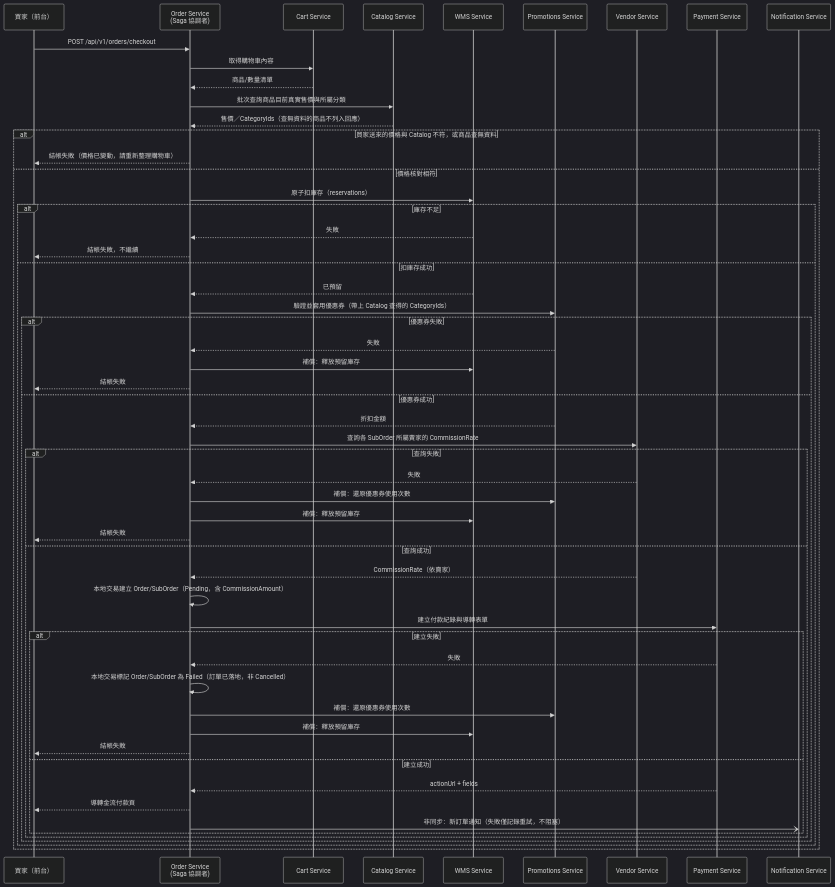
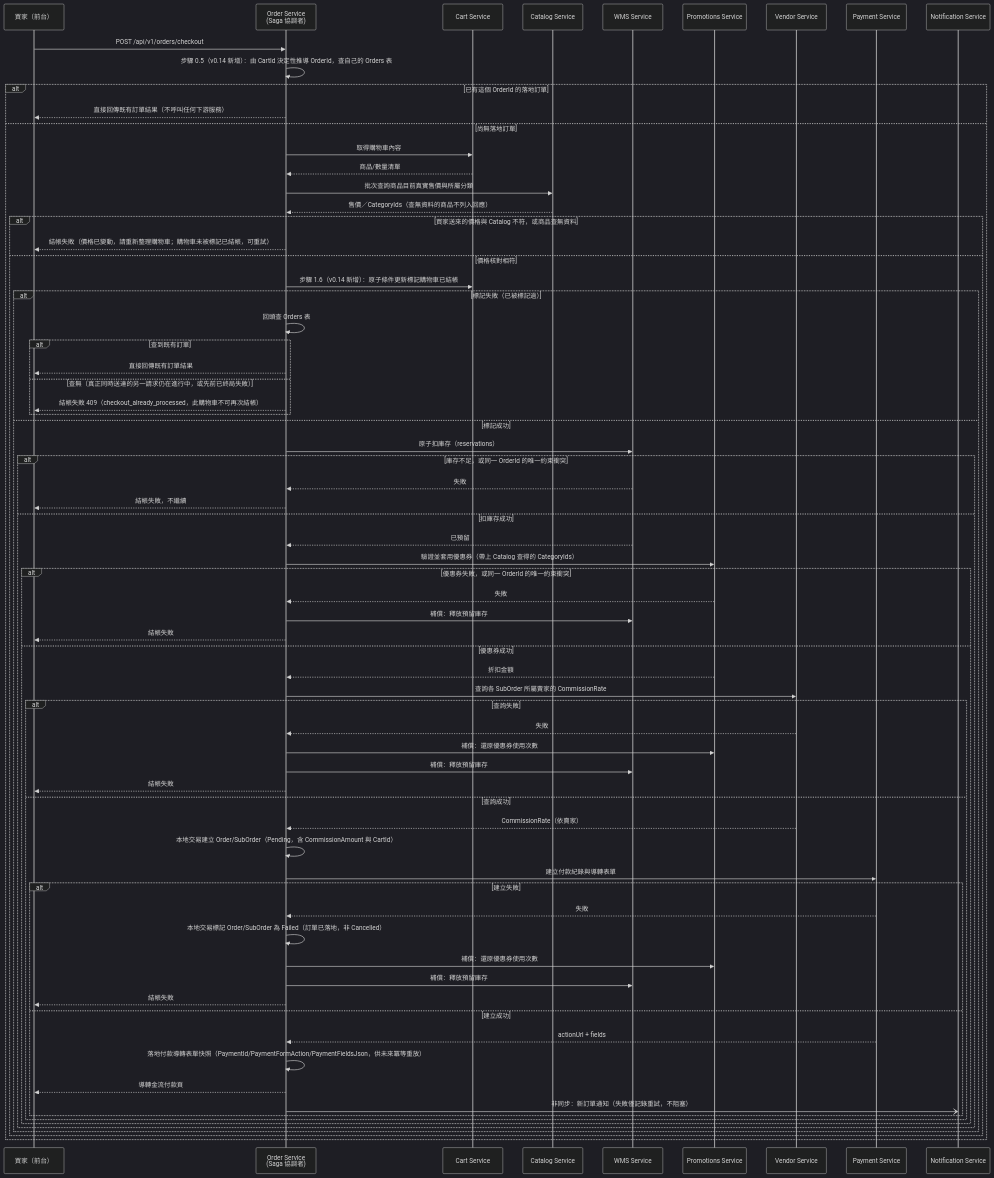
Before and after one commit to roycecole/suxo-shop-spec: the second of 2 diagrams in docs/17-service-order.md, drawn with Mermaid (dark theme). The commit also changed other lines of this file and 4 other files, not shown here.

````diff
--- a/docs/17-service-order.md
+++ b/docs/17-service-order.md
@@ -121,59 +126,75 @@
 ```mermaid
 sequenceDiagram
     participant Buyer as 買家（前台）
     participant Order as Order Service<br/>(Saga 協調者)
     participant Cart as Cart Service
     participant Catalog as Catalog Service
     participant WMS as WMS Service
     participant Promo as Promotions Service
     participant Vendor as Vendor Service
     participant Pay as Payment Service
     participant Noti as Notification Service
 
     Buyer->>Order: POST /api/v1/orders/checkout
-    Order->>Cart: 取得購物車內容
-    Cart-->>Order: 商品/數量清單
-    Order->>Catalog: 批次查詢商品目前真實售價與所屬分類
-    Catalog-->>Order: 售價／CategoryIds（查無資料的商品不列入回應）
-    alt 買家送來的價格與 Catalog 不符，或商品查無資料
-        Order-->>Buyer: 結帳失敗（價格已變動，請重新整理購物車）
-    else 價格核對相符
-        Order->>WMS: 原子扣庫存（reservations）
-        alt 庫存不足
-            WMS-->>Order: 失敗
-            Order-->>Buyer: 結帳失敗，不繼續
-        else 扣庫存成功
-            WMS-->>Order: 已預留
-            Order->>Promo: 驗證並套用優惠券（帶上 Catalog 查得的 CategoryIds）
-            alt 優惠券失敗
-                Promo-->>Order: 失敗
-                Order->>WMS: 補償：釋放預留庫存
-                Order-->>Buyer: 結帳失敗
-            else 優惠券成功
-                Promo-->>Order: 折扣金額
-                Order->>Vendor: 查詢各 SubOrder 所屬賣家的 CommissionRate
-                alt 查詢失敗
-                    Vendor-->>Order: 失敗
-                    Order->>Promo: 補償：還原優惠券使用次數
-                    Order->>WMS: 補償：釋放預留庫存
-                    Order-->>Buyer: 結帳失敗
-                else 查詢成功
-                    Vendor-->>Order: CommissionRate（依賣家）
-                    Order->>Order: 本地交易建立 Order/SubOrder（Pending，含 CommissionAmount）
-                    Order->>Pay: 建立付款紀錄與導轉表單
-                    alt 建立失敗
-                        Pay-->>Order: 失敗
-                        Order->>Order: 本地交易標記 Order/SubOrder 為 Failed（訂單已落地，非 Cancelled）
-                        Order->>Promo: 補償：還原優惠券使用次數
+    Order->>Order: 步驟 0.5（v0.14 新增）：由 CartId 決定性推導 OrderId，查自己的 Orders 表
+    alt 已有這個 OrderId 的落地訂單
+        Order-->>Buyer: 直接回傳既有訂單結果（不呼叫任何下游服務）
+    else 尚無落地訂單
+        Order->>Cart: 取得購物車內容
+        Cart-->>Order: 商品/數量清單
+        Order->>Catalog: 批次查詢商品目前真實售價與所屬分類
+        Catalog-->>Order: 售價／CategoryIds（查無資料的商品不列入回應）
+        alt 買家送來的價格與 Catalog 不符，或商品查無資料
+            Order-->>Buyer: 結帳失敗（價格已變動，請重新整理購物車；購物車未被標記已結帳，可重試）
+        else 價格核對相符
+            Order->>Cart: 步驟 1.6（v0.14 新增）：原子條件更新標記購物車已結帳
+            alt 標記失敗（已被標記過）
+                Order->>Order: 回頭查 Orders 表
+                alt 查到既有訂單
+                    Order-->>Buyer: 直接回傳既有訂單結果
+                else 查無（真正同時送達的另一請求仍在進行中，或先前已終局失敗）
+                    Order-->>Buyer: 結帳失敗 409（checkout_already_processed，此購物車不可再次結帳）
+                end
+            else 標記成功
+                Order->>WMS: 原子扣庫存（reservations）
+                alt 庫存不足，或同一 OrderId 的唯一約束衝突
+                    WMS-->>Order: 失敗
+                    Order-->>Buyer: 結帳失敗，不繼續
+                else 扣庫存成功
+                    WMS-->>Order: 已預留
+                    Order->>Promo: 驗證並套用優惠券（帶上 Catalog 查得的 CategoryIds）
+                    alt 優惠券失敗，或同一 OrderId 的唯一約束衝突
+                        Promo-->>Order: 失敗
                         Order->>WMS: 補償：釋放預留庫存
                         Order-->>Buyer: 結帳失敗
-                    else 建立成功
-                        Pay-->>Order: actionUrl + fields
-                        Order-->>Buyer: 導轉金流付款頁
-                        Order-)Noti: 非同步：新訂單通知（失敗僅記錄重試，不阻塞）
+                    else 優惠券成功
+                        Promo-->>Order: 折扣金額
+                        Order->>Vendor: 查詢各 SubOrder 所屬賣家的 CommissionRate
+                        alt 查詢失敗
+                            Vendor-->>Order: 失敗
+                            Order->>Promo: 補償：還原優惠券使用次數
+                            Order->>WMS: 補償：釋放預留庫存
+                            Order-->>Buyer: 結帳失敗
+                        else 查詢成功
+                            Vendor-->>Order: CommissionRate（依賣家）
+                            Order->>Order: 本地交易建立 Order/SubOrder（Pending，含 CommissionAmount 與 CartId）
+                            Order->>Pay: 建立付款紀錄與導轉表單
+                            alt 建立失敗
+                                Pay-->>Order: 失敗
+                                Order->>Order: 本地交易標記 Order/SubOrder 為 Failed（訂單已落地，非 Cancelled）
+                                Order->>Promo: 補償：還原優惠券使用次數
+                                Order->>WMS: 補償：釋放預留庫存
+                                Order-->>Buyer: 結帳失敗
+                            else 建立成功
+                                Pay-->>Order: actionUrl + fields
+                                Order->>Order: 落地付款導轉表單快照（PaymentId/PaymentFormAction/PaymentFieldsJson，供未來冪等重放）
+                                Order-->>Buyer: 導轉金流付款頁
+                                Order-)Noti: 非同步：新訂單通知（失敗僅記錄重試，不阻塞）
+                            end
+                        end
                     end
                 end
             end
         end
     end
 ```
````
